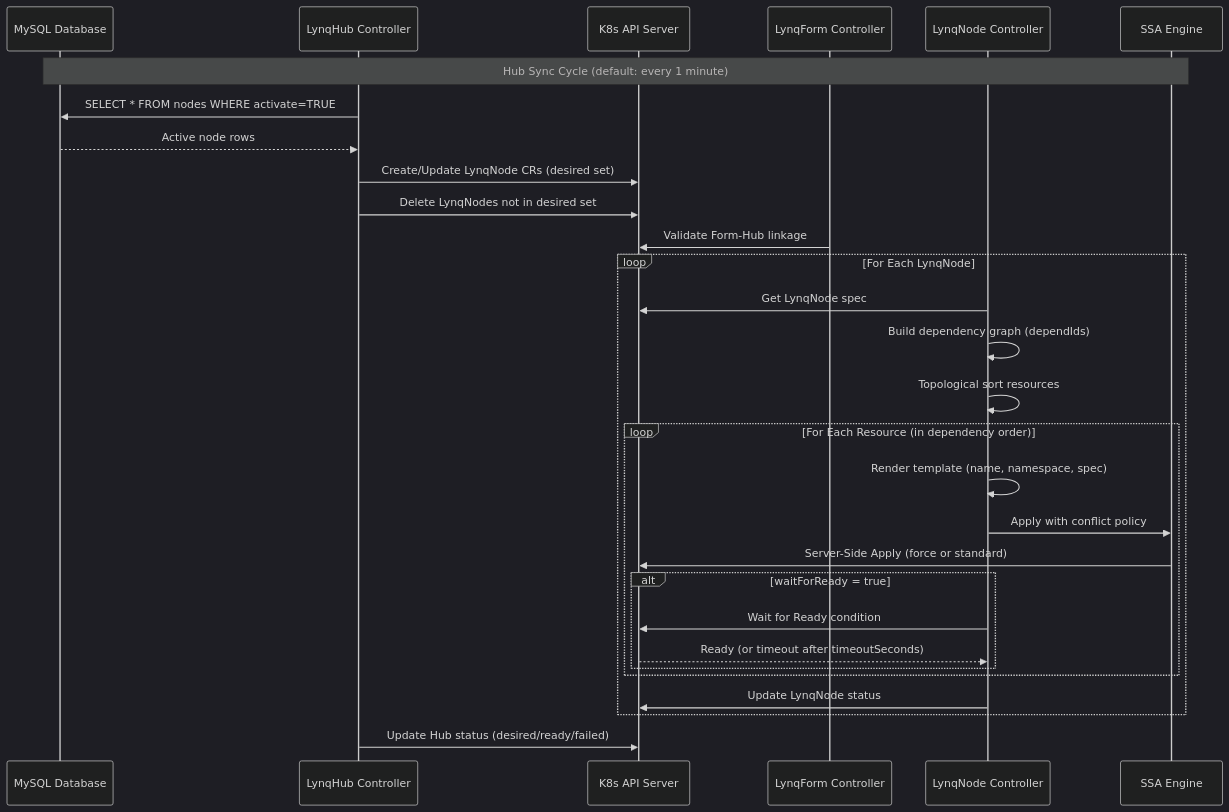
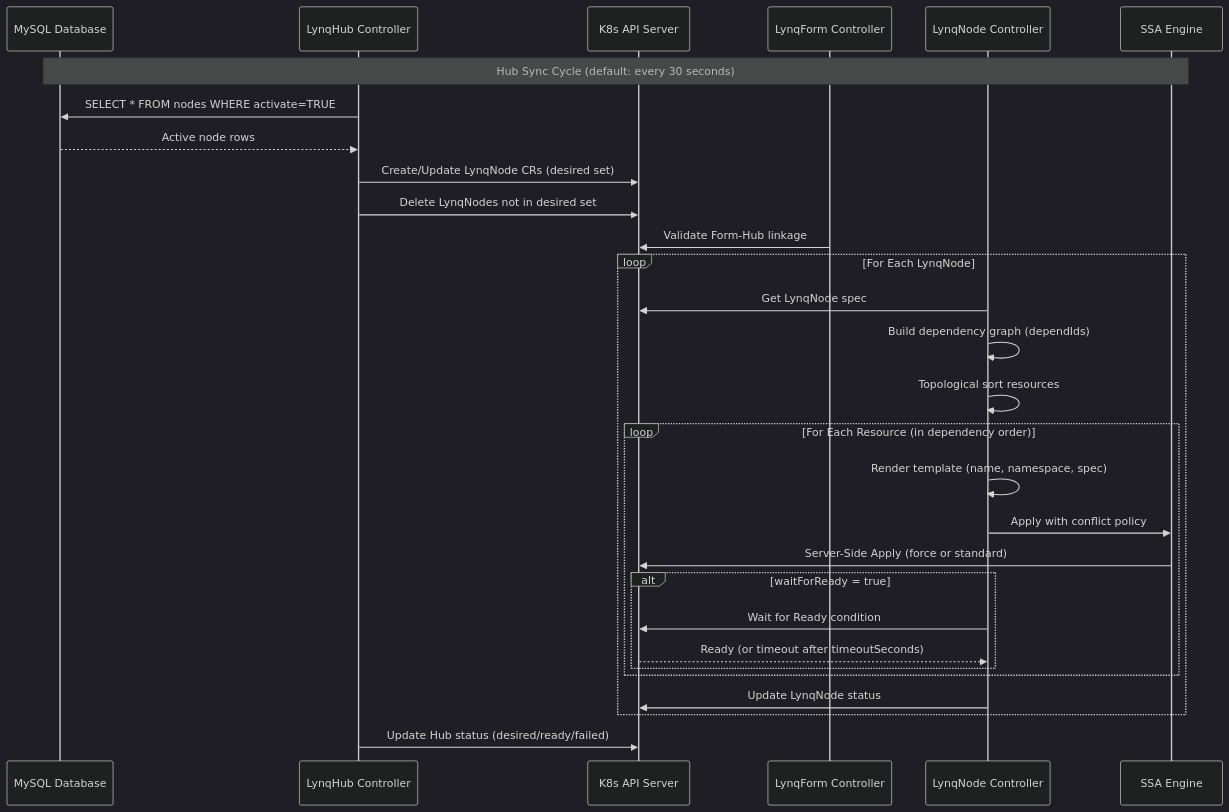
One commit to k8s-lynq/lynq changed the second of 2 diagrams in docs/architecture.md. Above: the diagram before and after it, drawn with Mermaid (dark theme). The commit also changed other lines of this file and 26 other files, not shown here.

````diff
--- a/docs/architecture.md
+++ b/docs/architecture.md
@@ -84,40 +84,40 @@
 ```mermaid
 sequenceDiagram
     participant DB as MySQL Database
     participant RC as LynqHub Controller
     participant API as K8s API Server
     participant TC as LynqForm Controller
     participant TNC as LynqNode Controller
     participant SSA as SSA Engine
 
-    Note over DB,SSA: Hub Sync Cycle (default: every 1 minute)
+    Note over DB,SSA: Hub Sync Cycle (default: every 30 seconds)
 
     RC->>DB: SELECT * FROM nodes WHERE activate=TRUE
     DB-->>RC: Active node rows
 
     RC->>API: Create/Update LynqNode CRs (desired set)
     RC->>API: Delete LynqNodes not in desired set
 
     TC->>API: Validate Form-Hub linkage
 
     loop For Each LynqNode
         TNC->>API: Get LynqNode spec
         TNC->>TNC: Build dependency graph (dependIds)
         TNC->>TNC: Topological sort resources
 
         loop For Each Resource (in dependency order)
             TNC->>TNC: Render template (name, namespace, spec)
             TNC->>SSA: Apply with conflict policy
             SSA->>API: Server-Side Apply (force or standard)
 
             alt waitForReady = true
                 TNC->>API: Wait for Ready condition
                 API-->>TNC: Ready (or timeout after timeoutSeconds)
             end
         end
 
         TNC->>API: Update LynqNode status
     end
 
     RC->>API: Update Hub status (desired/ready/failed)
 ```
````
